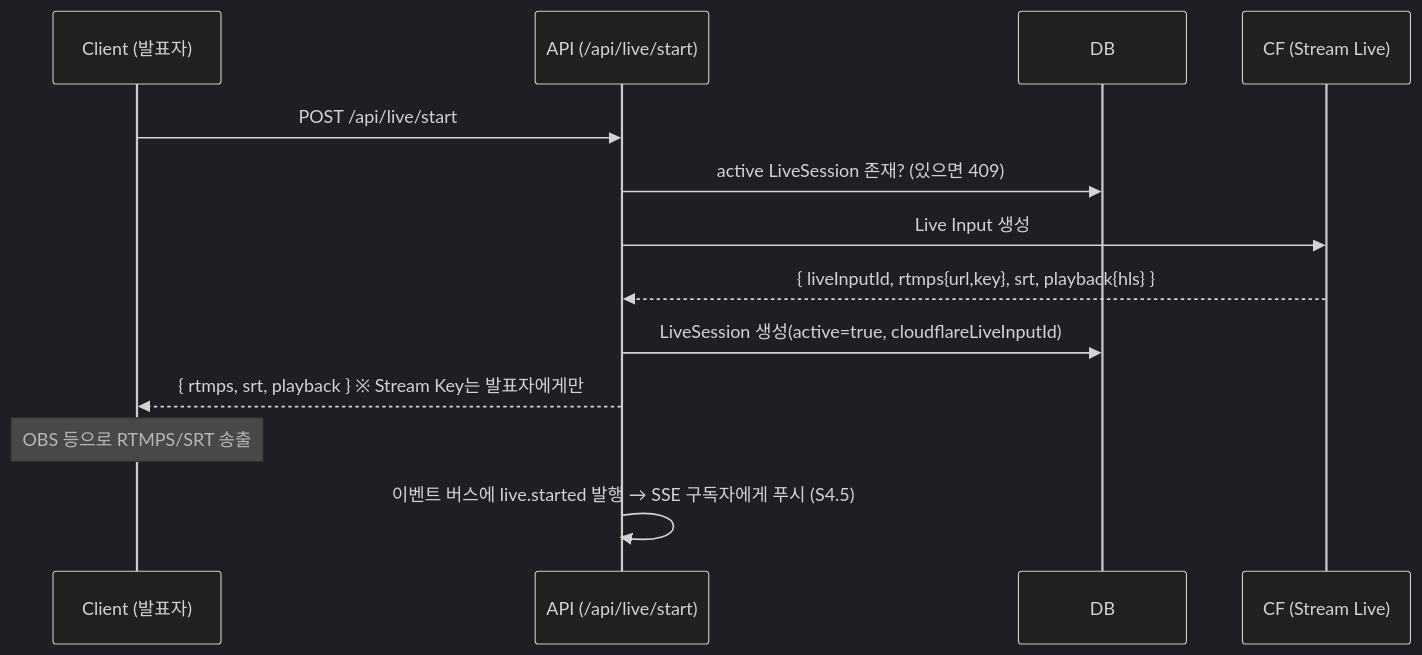
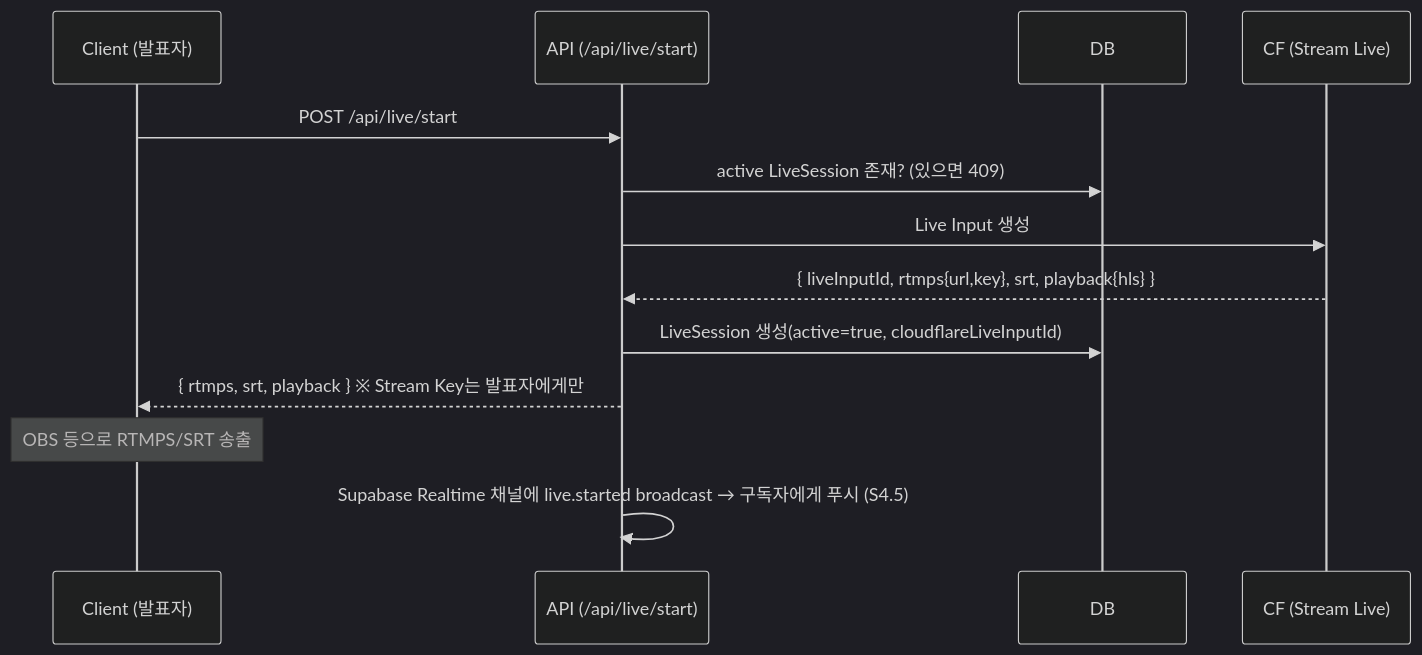
One commit to csm-kr/haparkchopaeng-workspace changed the third of 9 diagrams in docs/dev/SEQUENCE_DIAGRAM.md. Above: the diagram before and after it, drawn with Mermaid (dark theme). The commit also changed other lines of this file and 10 other files, not shown here.

First line of the commit message:
docs: ADR-016 reconcile — 중복 제거 + Vercel/Supabase/Realtime/durable-잡러너 전파

````diff
--- a/docs/dev/SEQUENCE_DIAGRAM.md
+++ b/docs/dev/SEQUENCE_DIAGRAM.md
@@ -67,15 +67,15 @@
 ```mermaid
 sequenceDiagram
   participant P as Client (발표자)
   participant A as API (/api/live/start)
   participant D as DB
   participant C as CF (Stream Live)
   P->>A: POST /api/live/start
   A->>D: active LiveSession 존재? (있으면 409)
   A->>C: Live Input 생성
   C-->>A: { liveInputId, rtmps{url,key}, srt, playback{hls} }
   A->>D: LiveSession 생성(active=true, cloudflareLiveInputId)
   A-->>P: { rtmps, srt, playback }  ※ Stream Key는 발표자에게만
   Note over P: OBS 등으로 RTMPS/SRT 송출
-  A->>A: 이벤트 버스에 live.started 발행 → SSE 구독자에게 푸시 (S4.5)
+  A->>A: Supabase Realtime 채널에 live.started broadcast → 구독자에게 푸시 (S4.5)
 ```
````
